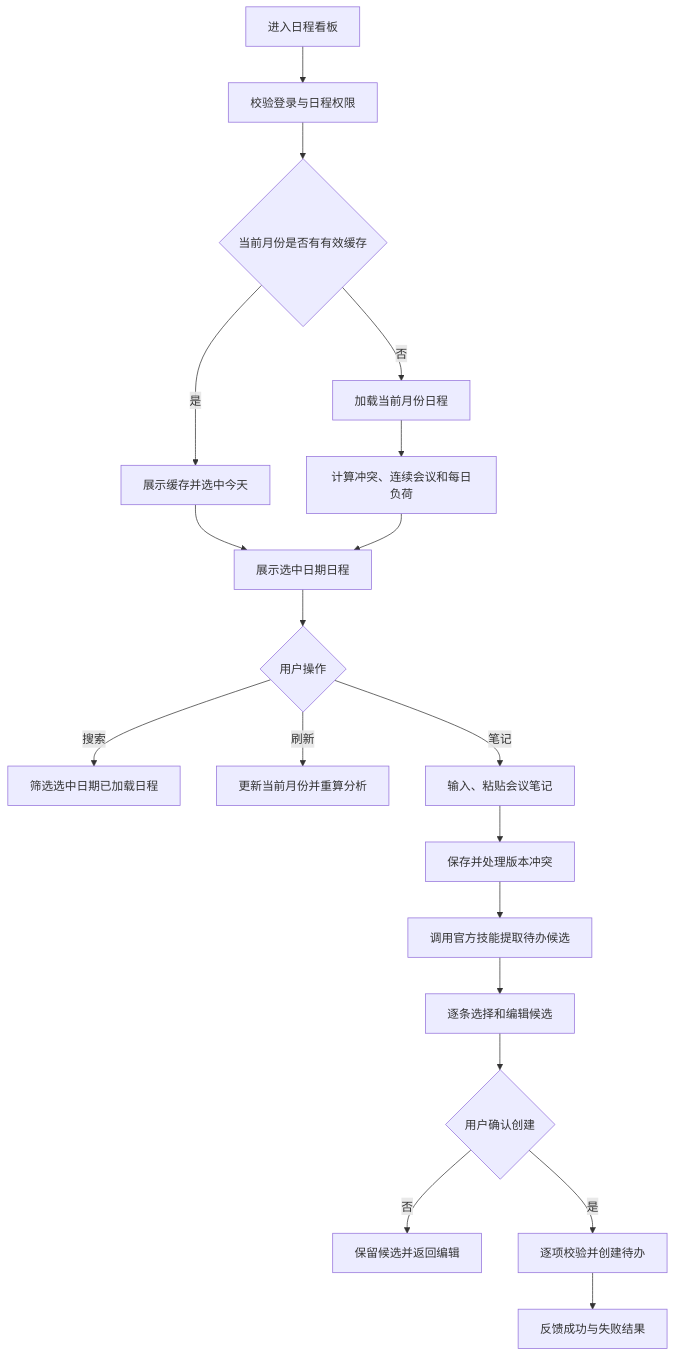
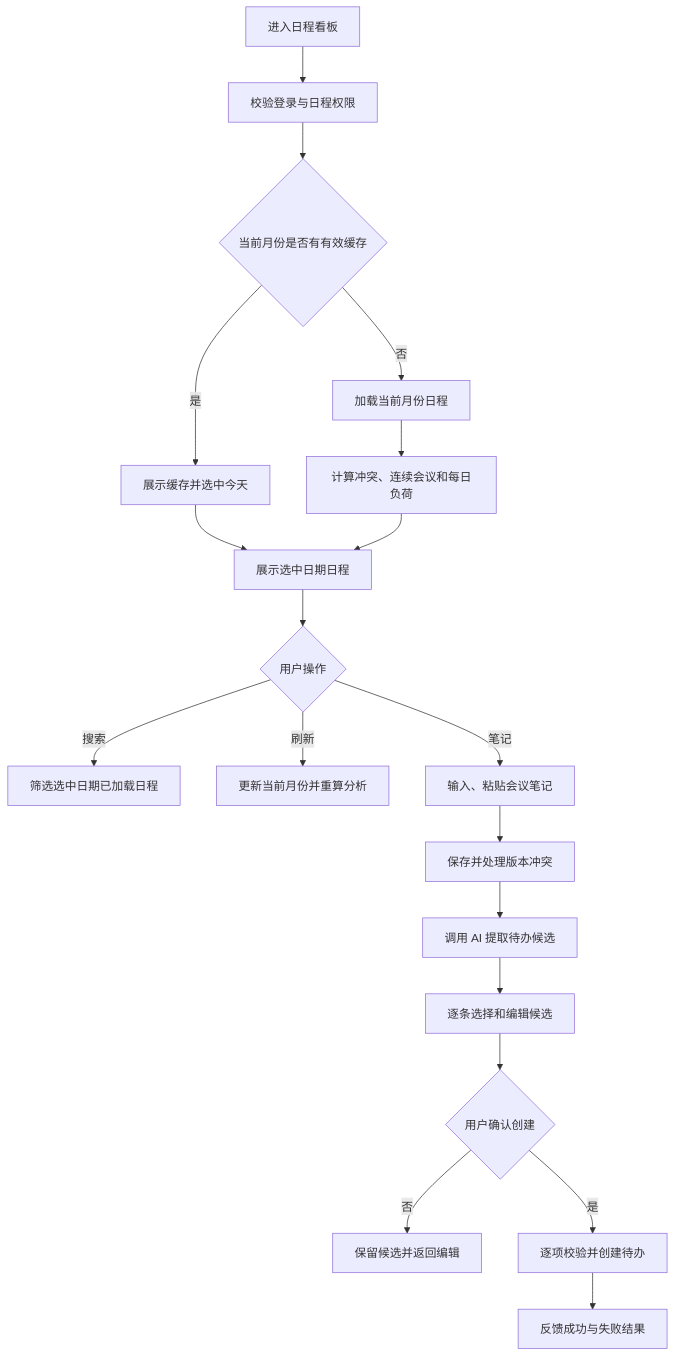
One commit to fri555/PORTL changed the second of 7 diagrams in docs/需求文档/20260726-【PRD】AI工作台-日程看板（MVP）-天马智擎项目.md. Above: the diagram before and after it, drawn with Mermaid. The commit also changed other lines of this file, not shown here.

````diff
--- a/docs/需求文档/20260726-【PRD】AI工作台-日程看板（MVP）-天马智擎项目.md
+++ b/docs/需求文档/20260726-【PRD】AI工作台-日程看板（MVP）-天马智擎项目.md
@@ -178,21 +178,21 @@
 ```mermaid
 flowchart TD
     A["进入日程看板"] --> B["校验登录与日程权限"]
     B --> C{"当前月份是否有有效缓存"}
     C -->|是| D["展示缓存并选中今天"]
     C -->|否| E["加载当前月份日程"]
     E --> F["计算冲突、连续会议和每日负荷"]
     D --> G["展示选中日期日程"]
     F --> G
     G --> H{"用户操作"}
     H -->|搜索| I["筛选选中日期已加载日程"]
     H -->|刷新| J["更新当前月份并重算分析"]
     H -->|笔记| L["输入、粘贴会议笔记"]
     L --> M["保存并处理版本冲突"]
-    M --> N["调用官方技能提取待办候选"]
+    M --> N["调用 AI 提取待办候选"]
     N --> O["逐条选择和编辑候选"]
     O --> P{"用户确认创建"}
     P -->|否| Q["保留候选并返回编辑"]
     P -->|是| R["逐项校验并创建待办"]
     R --> S["反馈成功与失败结果"]
 ```
````
